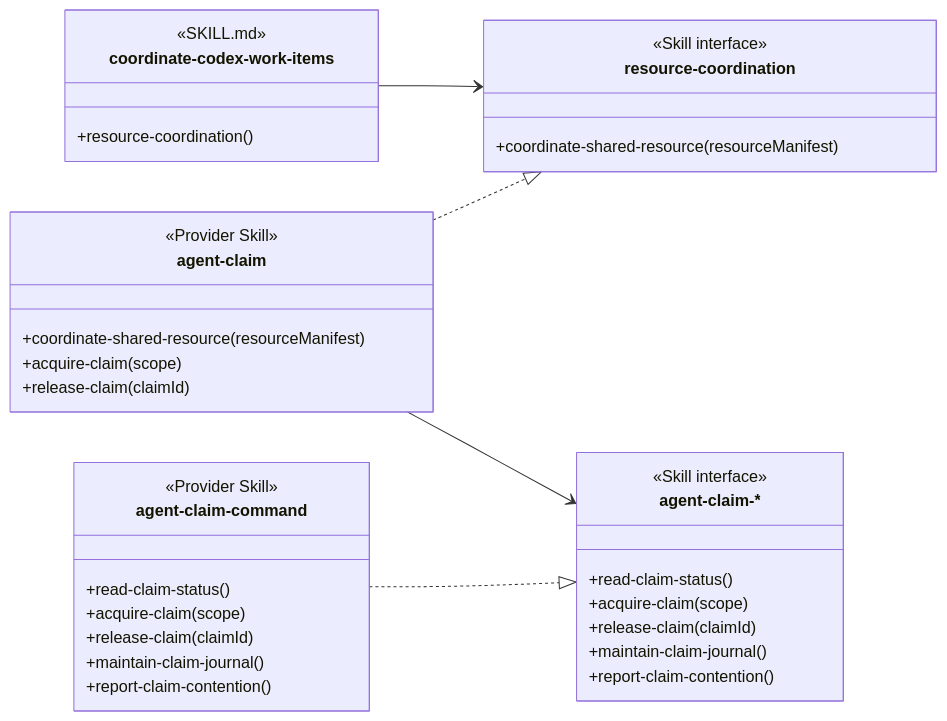
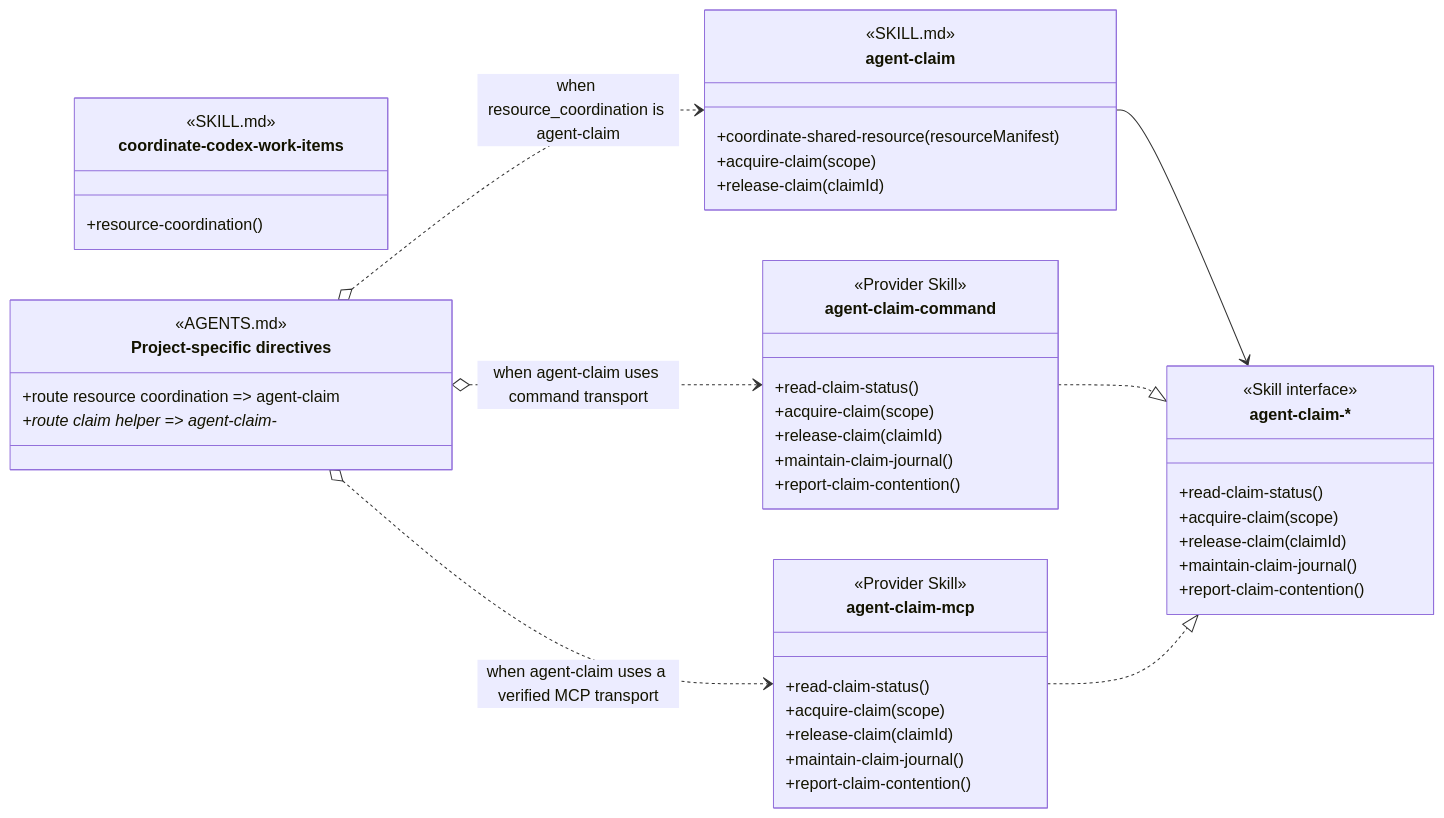
One commit to martinbechard/dev-methodology changed the fourth of 6 diagrams in design/skill-groups/concurrent-tasking.md. Above: the diagram before and after it, drawn with Mermaid. The commit also changed other lines of this file, not shown here.

````diff
--- a/design/skill-groups/concurrent-tasking.md
+++ b/design/skill-groups/concurrent-tasking.md
@@ -260,45 +286,58 @@
 ```mermaid
 classDiagram
     direction LR
 
     class coordinate-codex-work-items {
         <<SKILL.md>>
         <<Agent Skill>>
         +resource-coordination()
     }
 
-    class ResourceCoordinationBinding["resource-coordination"] {
-        <<Skill interface>>
-        +coordinate-shared-resource(resourceManifest)
+    class project-specific-directives["Project-specific directives"] {
+        <<AGENTS.md>>
+        <<routing>>
+        +route resource coordination => agent-claim
+        +route claim helper => agent-claim-*
     }
 
     class agent-claim {
-        <<Provider Skill>>
+        <<SKILL.md>>
         +coordinate-shared-resource(resourceManifest)
         +acquire-claim(scope)
         +release-claim(claimId)
     }
 
     class ClaimHelper["agent-claim-*"] {
         <<Skill interface>>
         +read-claim-status()
         +acquire-claim(scope)
         +release-claim(claimId)
         +maintain-claim-journal()
         +report-claim-contention()
     }
 
     class agent-claim-command {
         <<Provider Skill>>
         +read-claim-status()
         +acquire-claim(scope)
         +release-claim(claimId)
         +maintain-claim-journal()
         +report-claim-contention()
     }
 
-    coordinate-codex-work-items --> ResourceCoordinationBinding
-    agent-claim ..|> ResourceCoordinationBinding
+    class agent-claim-mcp {
+        <<Provider Skill>>
+        +read-claim-status()
+        +acquire-claim(scope)
+        +release-claim(claimId)
+        +maintain-claim-journal()
+        +report-claim-contention()
+    }
+
+    project-specific-directives o..> agent-claim : when resource_coordination is agent-claim
+    project-specific-directives o..> agent-claim-command : when agent-claim uses command transport
+    project-specific-directives o..> agent-claim-mcp : when agent-claim uses a verified MCP transport
     agent-claim --> ClaimHelper
     agent-claim-command ..|> ClaimHelper
+    agent-claim-mcp ..|> ClaimHelper
 ```
````
